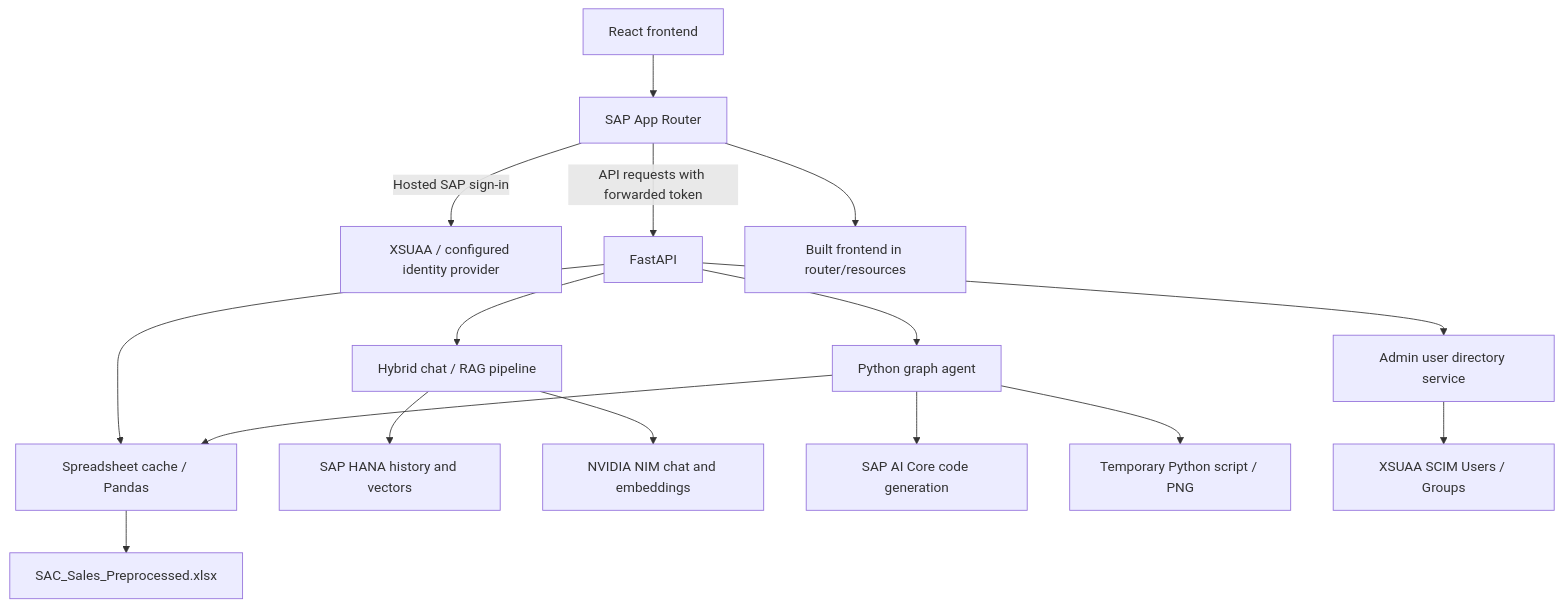
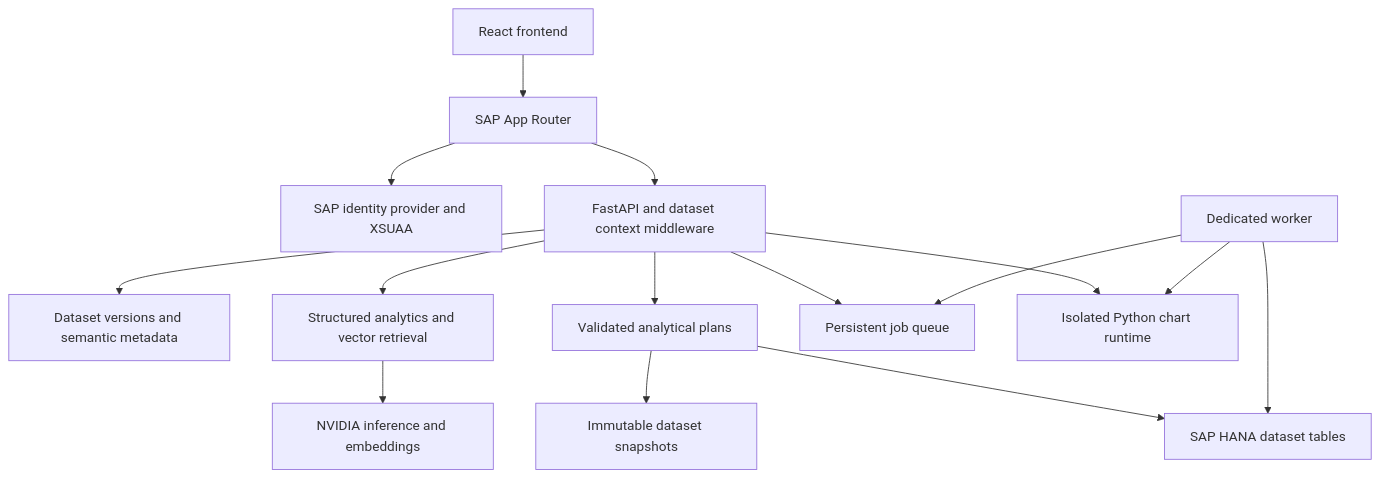
One commit to tlokeshkumar1/GEN-AI-Analytics-Platform changed the diagram in docs/architecture.md. Above: the diagram before and after it, drawn with Mermaid. The commit also changed other lines of this file and 87 other files, not shown here.

Commit message:
Implemented code review fixes, enhanced RAG chat UI and performance, added recovery APIs, expanded tests, and offline test support.

````diff
--- a/docs/architecture.md
+++ b/docs/architecture.md
@@ -20,18 +20,17 @@
 ```mermaid
 flowchart TD
     Browser[React frontend] --> Router[SAP App Router]
-    Router -->|Hosted SAP sign-in| XSUAA[XSUAA / configured identity provider]
-    Router -->|API requests with forwarded token| API[FastAPI]
-    Router --> Assets[Built frontend in router/resources]
-    API --> Dataset[Spreadsheet cache / Pandas]
-    Dataset --> Excel[SAC_Sales_Preprocessed.xlsx]
-    API --> Pipeline[Hybrid chat / RAG pipeline]
-    Pipeline --> HANA[SAP HANA history and vectors]
-    Pipeline --> NVIDIA[NVIDIA NIM chat and embeddings]
-    API --> Graph[Python graph agent]
-    Graph --> Dataset
-    Graph --> AICore[SAP AI Core code generation]
-    Graph --> Python[Temporary Python script / PNG]
-    API --> Directory[Admin user directory service]
-    Directory --> SCIM[XSUAA SCIM Users / Groups]
+    Router --> XSUAA[SAP identity provider and XSUAA]
+    Router --> API[FastAPI and dataset context middleware]
+    API --> Catalog[Dataset versions and semantic metadata]
+    API --> Analytics[Validated analytical plans]
+    Analytics --> HANA[SAP HANA dataset tables]
+    Analytics --> Snapshots[Immutable dataset snapshots]
+    API --> Chat[Structured analytics and vector retrieval]
+    Chat --> AI[NVIDIA inference and embeddings]
+    API --> Queue[Persistent job queue]
+    Worker[Dedicated worker] --> Queue
+    Worker --> HANA
+    API --> Charts[Isolated Python chart runtime]
+    Worker --> Charts
 ```
````
